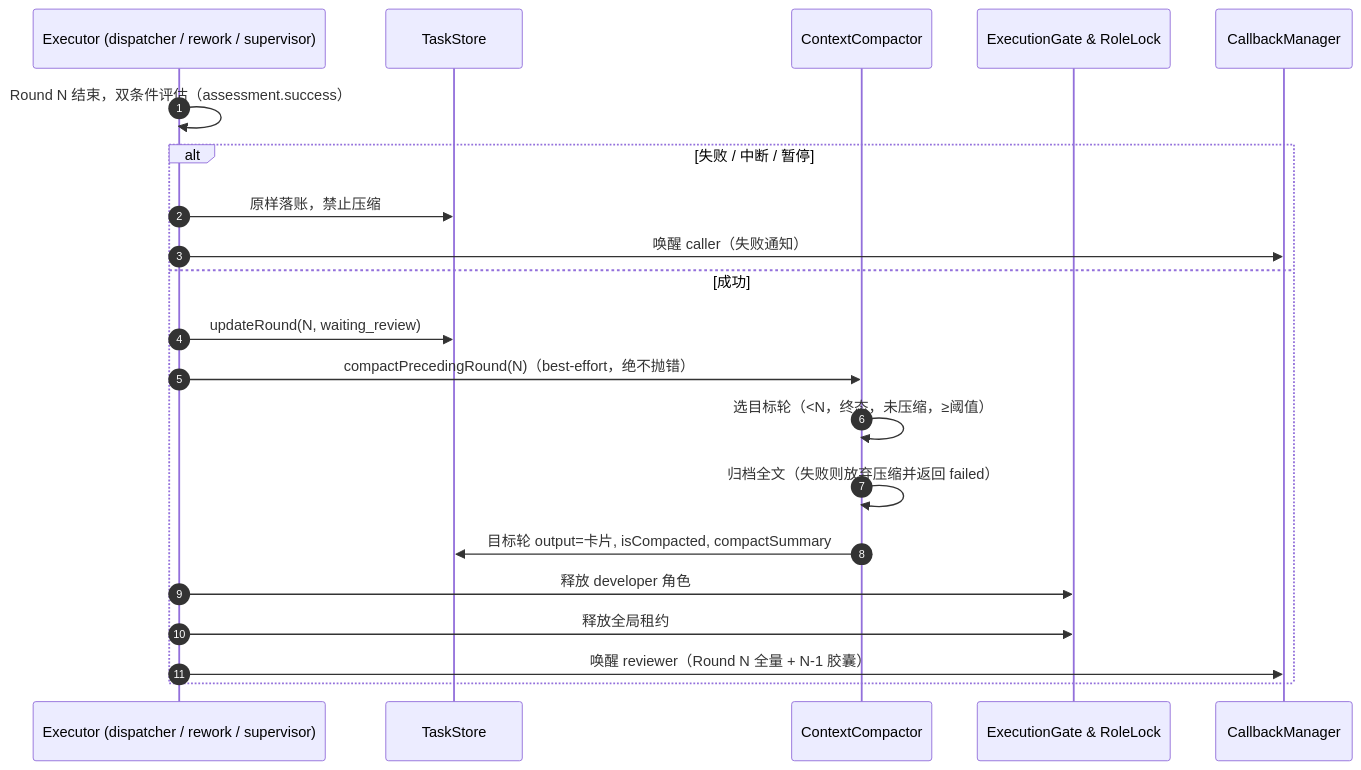
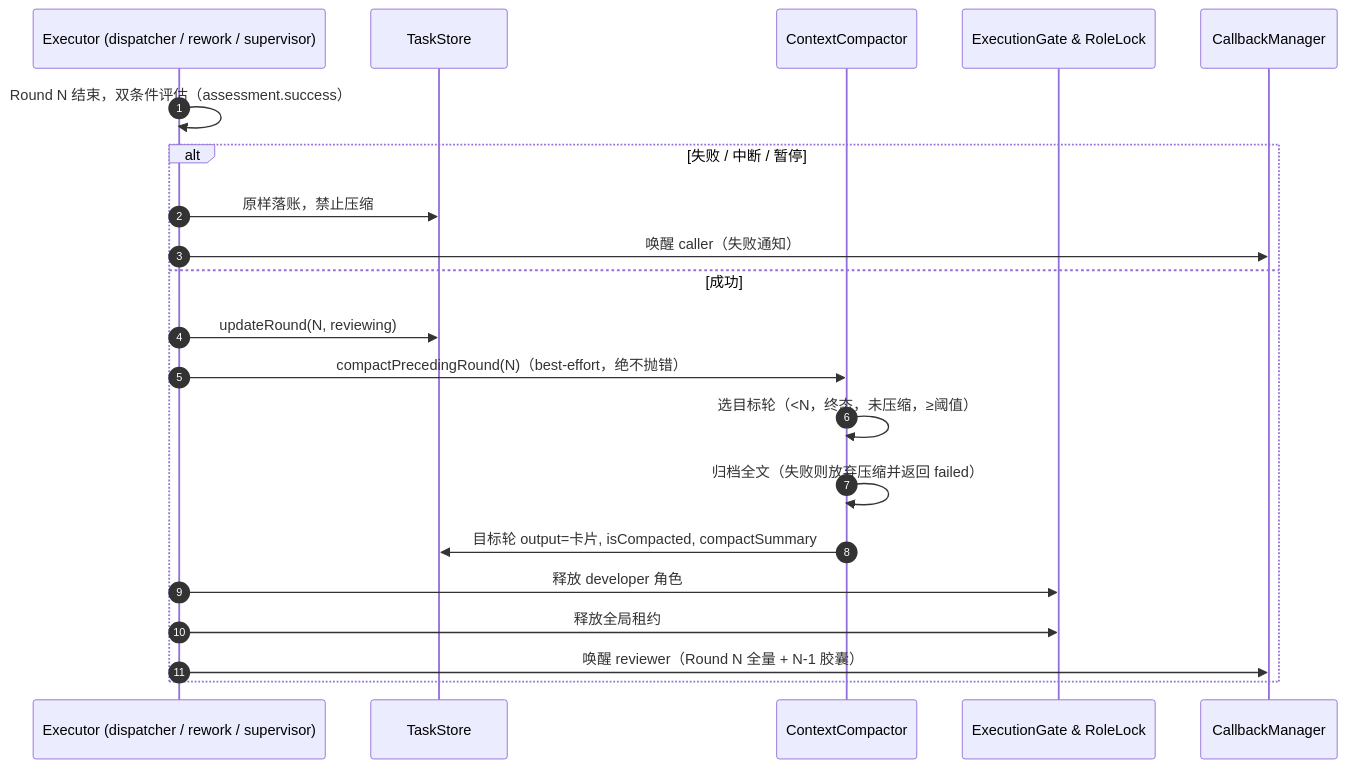
Before and after one commit to liuchangready/agent-mesh-bridge: the diagram in docs/CONTEXT_COMPACTION_DESIGN.md, drawn with Mermaid. The commit also changed other lines of this file and 50 other files, not shown here.

````diff
--- a/docs/CONTEXT_COMPACTION_DESIGN.md
+++ b/docs/CONTEXT_COMPACTION_DESIGN.md
@@ -144,24 +144,24 @@
 ```mermaid
 sequenceDiagram
     autonumber
     participant R as Executor (dispatcher / rework / supervisor)
     participant Store as TaskStore
     participant C as ContextCompactor
     participant Gate as ExecutionGate & RoleLock
     participant CB as CallbackManager
 
     R->>R: Round N 结束，双条件评估（assessment.success）
     alt 失败 / 中断 / 暂停
         R->>Store: 原样落账，禁止压缩
         R->>CB: 唤醒 caller（失败通知）
     else 成功
-        R->>Store: updateRound(N, waiting_review)
+        R->>Store: updateRound(N, reviewing)
         R->>C: compactPrecedingRound(N)（best-effort，绝不抛错）
         C->>C: 选目标轮（<N，终态，未压缩，≥阈值）
         C->>C: 归档全文（失败则放弃压缩并返回 failed）
         C->>Store: 目标轮 output=卡片, isCompacted, compactSummary
         R->>Gate: 释放 developer 角色
         R->>Gate: 释放全局租约
         R->>CB: 唤醒 reviewer（Round N 全量 + N-1 胶囊）
     end
 ```
````
